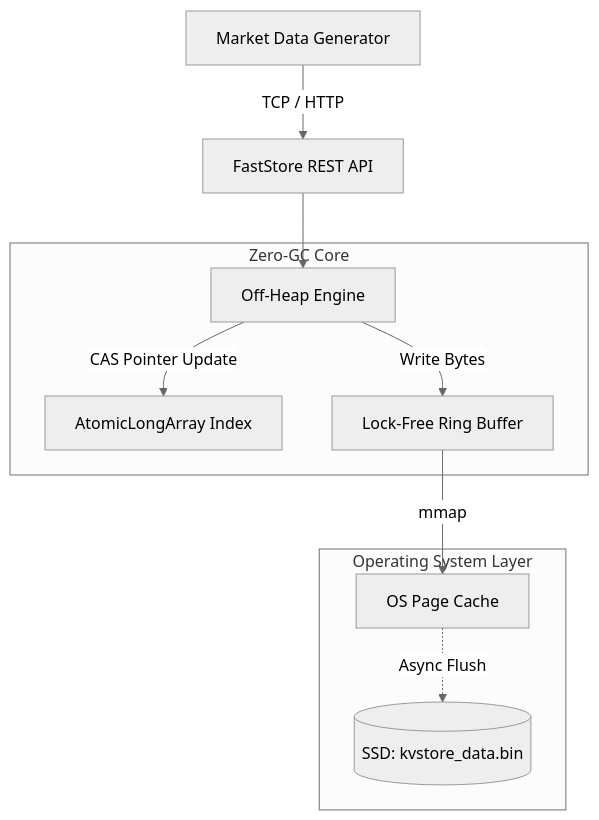
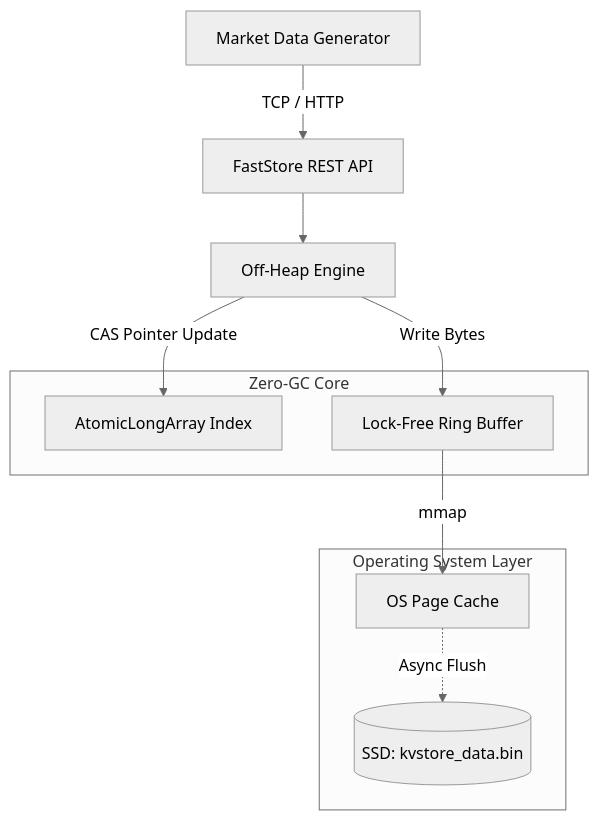
Before and after one commit to DeepBuha06/on-heap-off-heap-benchmark: the diagram in readme.md, drawn with Mermaid (neutral theme).

````diff
--- a/readme.md
+++ b/readme.md
@@ -21,15 +21,21 @@
 ```mermaid
-graph TD
-    Client[Market Data Generator] -->|TCP / HTTP| API[FastStore REST API]
-    API --> Engine[Off-Heap Engine]
+graph TD;
+    Client[Market Data Generator] -->|TCP / HTTP| API[FastStore REST API];
+    API --> Engine[Off-Heap Engine];
     
-    subgraph "Zero-GC Core"
-        Engine -->|CAS Pointer Update| Index[AtomicLongArray Index]
-        Engine -->|Write Bytes| RingBuffer[Lock-Free Ring Buffer]
+    subgraph Core [Zero-GC Core]
+        Index[AtomicLongArray Index]
+        RingBuffer[Lock-Free Ring Buffer]
     end
     
-    subgraph "Operating System Layer"
-        RingBuffer -->|mmap| OSPage[OS Page Cache]
-        OSPage -.->|Async Flush| Disk[(SSD: kvstore_data.bin)]
+    Engine -->|CAS Pointer Update| Index;
+    Engine -->|Write Bytes| RingBuffer;
+    
+    subgraph OS [Operating System Layer]
+        OSPage[OS Page Cache]
+        Disk[(SSD: kvstore_data.bin)]
     end
+    
+    RingBuffer -->|mmap| OSPage;
+    OSPage -.->|Async Flush| Disk;
 ```
````
